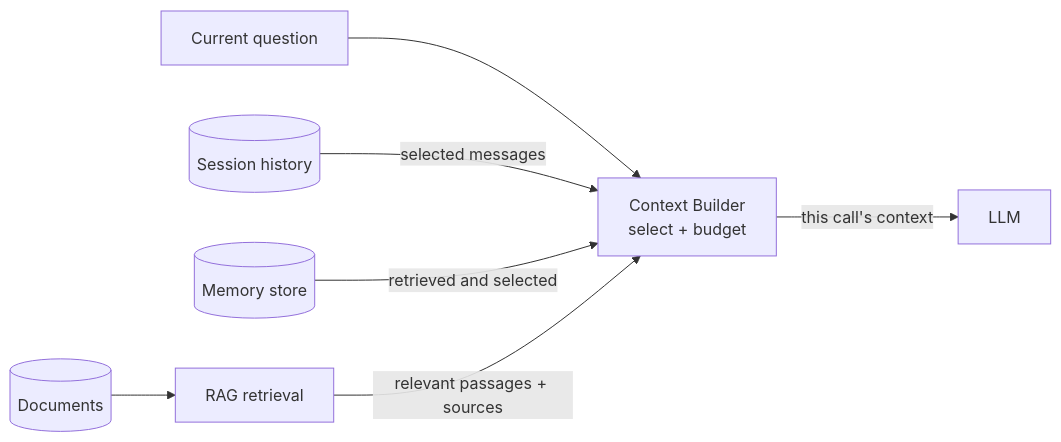
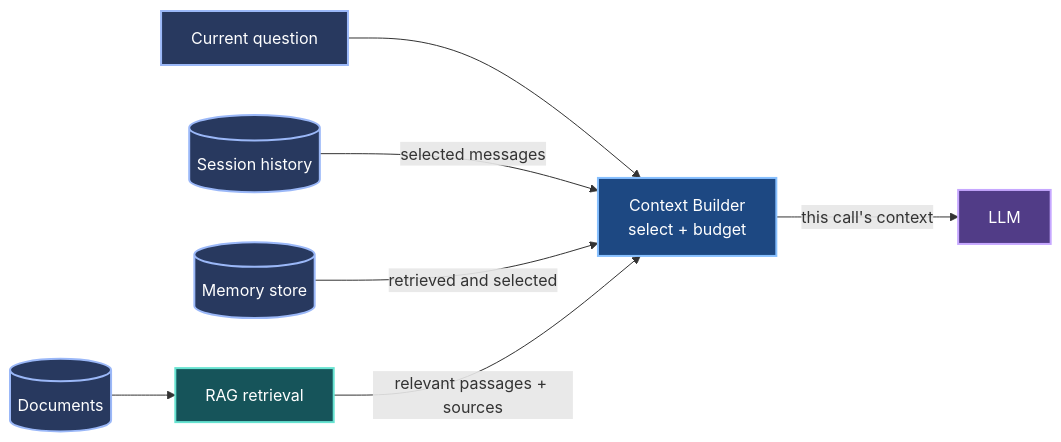
One commit to braventechcn/Agent_System changed the diagram in docs/assets/concepts/context-rag.mmd. Above: the diagram before and after it, drawn with Mermaid. The commit also changed 14 other files, not shown here.

Commit message:
Render colored concept diagrams from Mermaid sources

```diff
--- a/docs/assets/concepts/context-rag.mmd
+++ b/docs/assets/concepts/context-rag.mmd
@@ -1,8 +1,16 @@
 flowchart LR
     Q["Current question"] --> B["Context Builder<br/>select + budget"]
     S[("Session history")] -->|selected messages| B
     M[("Memory store")] -->|retrieved and selected| B
     D[("Documents")] --> R["RAG retrieval"]
     R -->|relevant passages + sources| B
     B -->|this call's context| L["LLM"]
     %% Storage and retrieval alone do not make information visible to the model.
+    classDef source fill:#28395f,stroke:#9bb8f8,color:#ffffff,stroke-width:2px
+    classDef retrieve fill:#16545a,stroke:#67e3d1,color:#ffffff,stroke-width:2px
+    classDef builder fill:#1d4882,stroke:#87c0ff,color:#ffffff,stroke-width:2px
+    classDef model fill:#513c87,stroke:#c6a7ff,color:#ffffff,stroke-width:2px
+    class Q,S,M,D source
+    class R retrieve
+    class B builder
+    class L model
```
